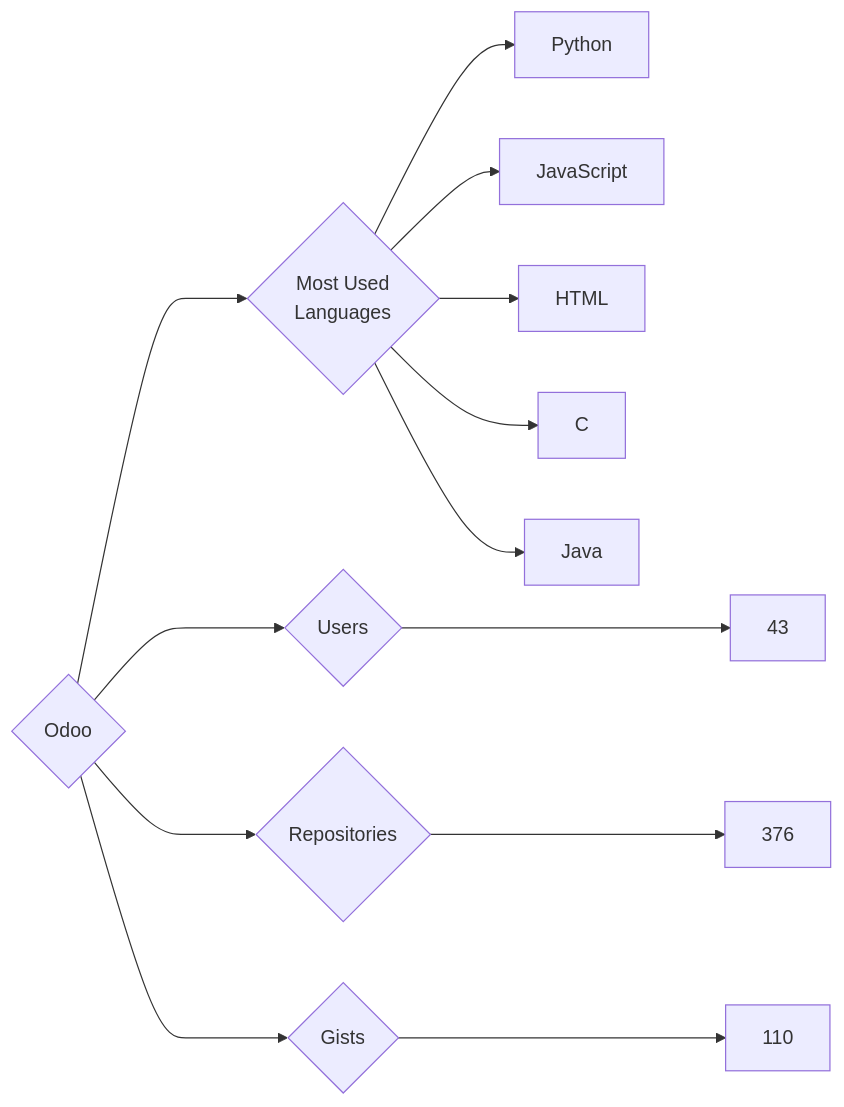
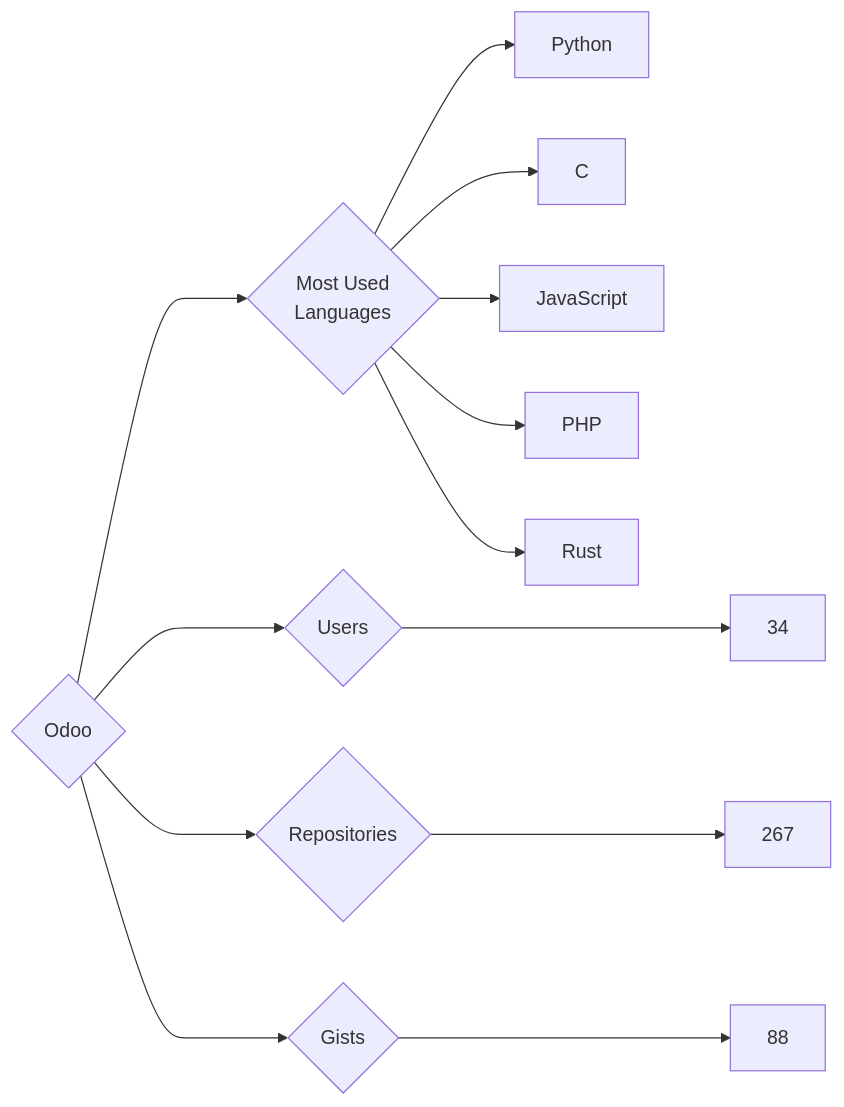
One commit to trickest/insiders changed the diagram in targets/Odoo/README.md. Above: the diagram before and after it, drawn with Mermaid. The commit also changed 969 other files, not shown here.

````diff
--- a/targets/Odoo/README.md
+++ b/targets/Odoo/README.md
@@ -3,13 +3,13 @@
 ```mermaid
 graph LR
 COMPANY_NAME{Odoo}
-COMPANY_NAME ---> U{Users} ---> UN[43]
-COMPANY_NAME ---> R{Repositories} ---> RN[376]
-COMPANY_NAME ---> G{Gists} ---> GN[110]
+COMPANY_NAME ---> U{Users} ---> UN[34]
+COMPANY_NAME ---> R{Repositories} ---> RN[267]
+COMPANY_NAME ---> G{Gists} ---> GN[88]
 COMPANY_NAME ---> ML{Most Used<br>Languages}
 ML --> Python[Python]
+ML --> C[C]
 ML --> JavaScript[JavaScript]
-ML --> HTML[HTML]
-ML --> C[C]
-ML --> Java[Java]
+ML --> PHP[PHP]
+ML --> Rust[Rust]
 ```
````
